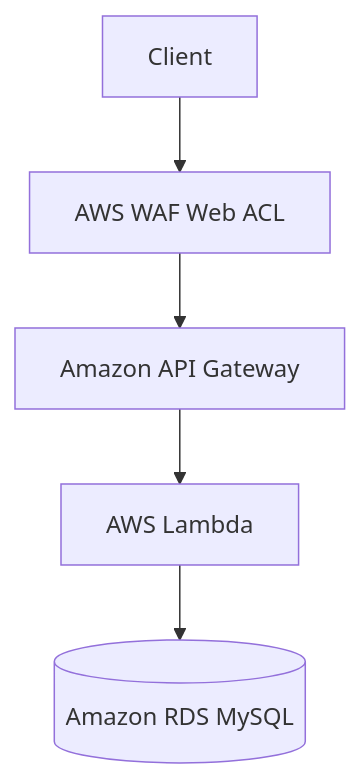
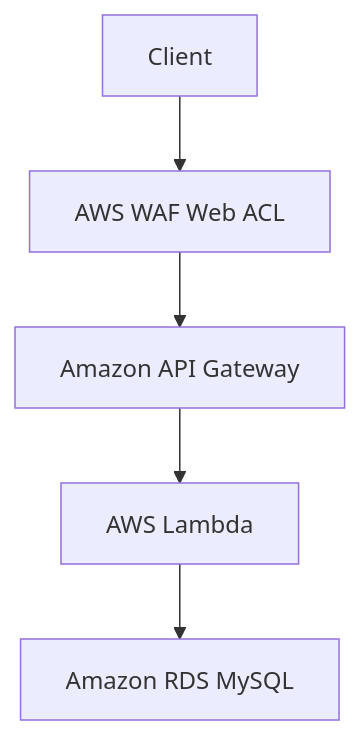
The diagram in _posts/2026-07-05-securing-a-web-api-with-aws-waf-ip-filtering-rate-limiting-and-sql-injection-protection.markdown (SergioValverde/sergiovalverde.github.io), drawn with Mermaid before and after one commit. The commit also changed other lines of this file, not shown here.

Commit message:
Updated Securing A Web Api With Aws Waf Ip Filtering Rate Limiting And Sql Injection Protection

````diff
--- a/_posts/2026-07-05-securing-a-web-api-with-aws-waf-ip-filtering-rate-limiting-and-sql-injection-protection.markdown
+++ b/_posts/2026-07-05-securing-a-web-api-with-aws-waf-ip-filtering-rate-limiting-and-sql-injection-protection.markdown
@@ -28,7 +17,7 @@
-```mermaid
+<pre class="mermaid">
 graph TD
-    A[Client] --> B[AWS WAF Web ACL]
-    B --> C[Amazon API Gateway]
-    C --> D[AWS Lambda]
-    D --> E[(Amazon RDS MySQL)]
-```
+  Client --> AWSWAF["AWS WAF Web ACL"]
+  AWSWAF --> APIGW["Amazon API Gateway"]
+  APIGW --> Lambda["AWS Lambda"]
+  Lambda --> RDS["Amazon RDS MySQL"]
+</pre>
````
